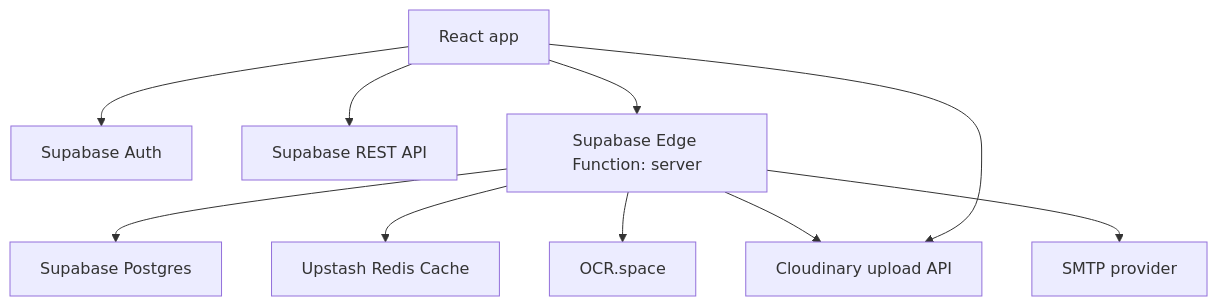
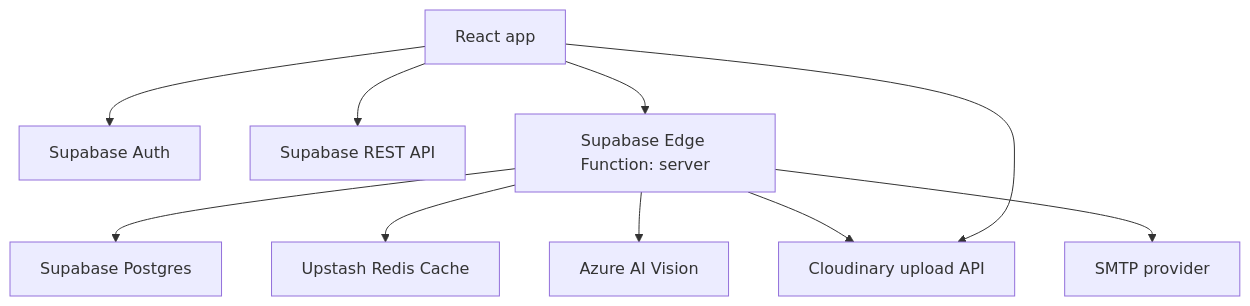
One commit to hamsoool/ClinicKa changed the diagram in README.md. Above: the diagram before and after it, drawn with Mermaid. The commit also changed other lines of this file and 15 other files, not shown here.

Commit message:
added azure for ocr and made a toggle for ocr provider in admin settings

````diff
--- a/README.md
+++ b/README.md
@@ -86,12 +86,12 @@
 ```mermaid
 graph TD
   Browser[React app] --> Auth[Supabase Auth]
   Browser --> Rest[Supabase REST API]
   Browser --> Function[Supabase Edge Function: server]
   Browser --> Cloudinary[Cloudinary upload API]
   Function --> Database[Supabase Postgres]
   Function --> Redis[Upstash Redis Cache]
   Function --> Cloudinary
-  Function --> OCR[OCR.space]
+  Function --> OCR[Azure AI Vision]
   Function --> SMTP[SMTP provider]
 ```
````
